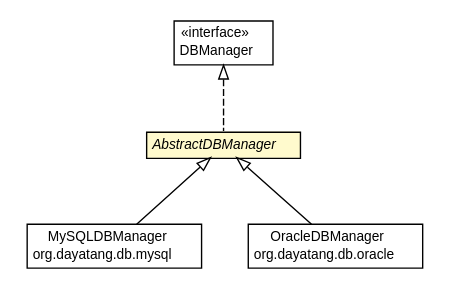
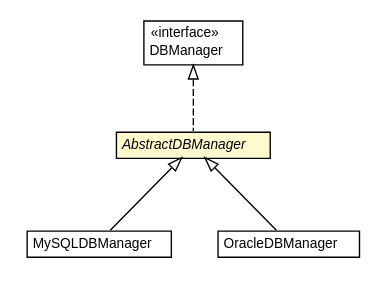
The diagram in dddlib-db/apidocs/org/dayatang/db/AbstractDBManager.dot (dayatang/dddlib), drawn with Graphviz before and after one commit. The commit also changed 263 other files, not shown here.

```diff
--- a/dddlib-db/apidocs/org/dayatang/db/AbstractDBManager.dot
+++ b/dddlib-db/apidocs/org/dayatang/db/AbstractDBManager.dot
@@ -1,45 +1,43 @@
 #!/usr/local/bin/dot
 #
 # Class diagram 
 # Generated by UMLGraph version R5_6_6-8-g8d7759 (http://www.umlgraph.org/)
 #
 
 digraph G {
 	edge [fontname="Helvetica",fontsize=10,labelfontname="Helvetica",labelfontsize=10];
 	node [fontname="Helvetica",fontsize=10,shape=plaintext];
 	nodesep=0.25;
 	ranksep=0.5;
 	// org.dayatang.db.DBManager
-	c174 [label=<<table title="org.dayatang.db.DBManager" border="0" cellborder="1" cellspacing="0" cellpadding="2" port="p" href="./DBManager.html">
+	c165 [label=<<table title="org.dayatang.db.DBManager" border="0" cellborder="1" cellspacing="0" cellpadding="2" port="p" href="./DBManager.html">
 		<tr><td><table border="0" cellspacing="0" cellpadding="1">
 <tr><td align="center" balign="center"> &#171;interface&#187; </td></tr>
 <tr><td align="center" balign="center"> DBManager </td></tr>
 		</table></td></tr>
 		</table>>, URL="./DBManager.html", fontname="Helvetica", fontcolor="black", fontsize=10.0];
 	// org.dayatang.db.AbstractDBManager
-	c178 [label=<<table title="org.dayatang.db.AbstractDBManager" border="0" cellborder="1" cellspacing="0" cellpadding="2" port="p" bgcolor="lemonChiffon" href="./AbstractDBManager.html">
+	c169 [label=<<table title="org.dayatang.db.AbstractDBManager" border="0" cellborder="1" cellspacing="0" cellpadding="2" port="p" bgcolor="lemonChiffon" href="./AbstractDBManager.html">
 		<tr><td><table border="0" cellspacing="0" cellpadding="1">
 <tr><td align="center" balign="center"><font face="Helvetica-Oblique"> AbstractDBManager </font></td></tr>
 		</table></td></tr>
 		</table>>, URL="./AbstractDBManager.html", fontname="Helvetica", fontcolor="black", fontsize=10.0];
 	// org.dayatang.db.mysql.MySQLDBManager
-	c181 [label=<<table title="org.dayatang.db.mysql.MySQLDBManager" border="0" cellborder="1" cellspacing="0" cellpadding="2" port="p" href="./mysql/MySQLDBManager.html">
+	c171 [label=<<table title="org.dayatang.db.mysql.MySQLDBManager" border="0" cellborder="1" cellspacing="0" cellpadding="2" port="p" href="./mysql/MySQLDBManager.html">
 		<tr><td><table border="0" cellspacing="0" cellpadding="1">
 <tr><td align="center" balign="center"> MySQLDBManager </td></tr>
-<tr><td align="center" balign="center"> org.dayatang.db.mysql </td></tr>
 		</table></td></tr>
 		</table>>, URL="./mysql/MySQLDBManager.html", fontname="Helvetica", fontcolor="black", fontsize=10.0];
 	// org.dayatang.db.oracle.OracleDBManager
-	c184 [label=<<table title="org.dayatang.db.oracle.OracleDBManager" border="0" cellborder="1" cellspacing="0" cellpadding="2" port="p" href="./oracle/OracleDBManager.html">
+	c173 [label=<<table title="org.dayatang.db.oracle.OracleDBManager" border="0" cellborder="1" cellspacing="0" cellpadding="2" port="p" href="./oracle/OracleDBManager.html">
 		<tr><td><table border="0" cellspacing="0" cellpadding="1">
 <tr><td align="center" balign="center"> OracleDBManager </td></tr>
-<tr><td align="center" balign="center"> org.dayatang.db.oracle </td></tr>
 		</table></td></tr>
 		</table>>, URL="./oracle/OracleDBManager.html", fontname="Helvetica", fontcolor="black", fontsize=10.0];
 	//org.dayatang.db.AbstractDBManager implements org.dayatang.db.DBManager
-	c174:p -> c178:p [dir=back,arrowtail=empty,style=dashed];
+	c165:p -> c169:p [dir=back,arrowtail=empty,style=dashed];
 	//org.dayatang.db.mysql.MySQLDBManager extends org.dayatang.db.AbstractDBManager
-	c178:p -> c181:p [dir=back,arrowtail=empty];
+	c169:p -> c171:p [dir=back,arrowtail=empty];
 	//org.dayatang.db.oracle.OracleDBManager extends org.dayatang.db.AbstractDBManager
-	c178:p -> c184:p [dir=back,arrowtail=empty];
+	c169:p -> c173:p [dir=back,arrowtail=empty];
 }
```
